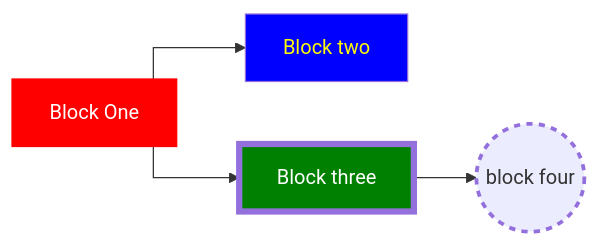
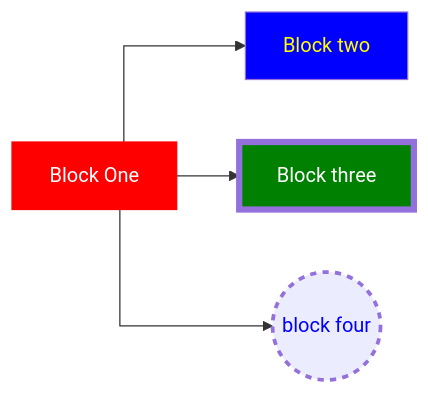
The diagram in README.md (stephening/testmermaid), drawn with Mermaid before and after one commit.

````diff
--- a/README.md
+++ b/README.md
@@ -4,11 +4,11 @@
 ```mermaid
 %%{ init: { 'flowchart': { 'curve': 'stepBefore' } } }%%
 graph LR
 b1[Block One]-->b2[Block two]
 style b1 fill:red,stroke:red,shadow:shadow,color:white
 style b2 fill:blue,color:yellow
 b1-->b3[Block three]
 style b3 fill:green,color:white,stroke-width:5px
-b3-->b4((block four))
-style b4 stroke-width:3,stroke-dasharray:5 5
+b1-->b4((block four))
+style b4 stroke-width:3,stroke-dasharray:5 5,color:blue
 ```
````
